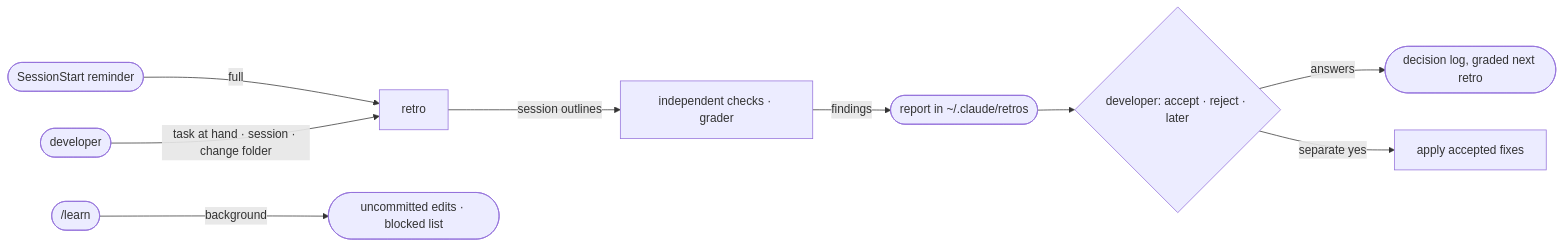
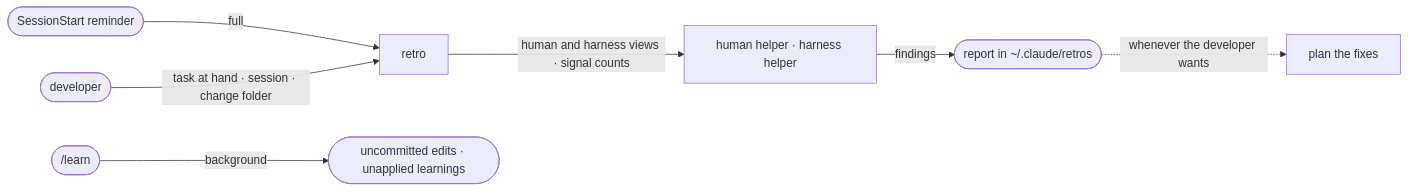
Before and after one commit to berekvolgyipeter/dotclaude: the seventh of 7 diagrams in README.md, drawn with Mermaid. The commit also changed other lines of this file and 12 other files, not shown here.

Commit message:
refactor(retro)!: make retro stateless and cheaper with two outline views and interval reminder

````diff
--- a/README.md
+++ b/README.md
@@ -101,11 +101,9 @@
 ```mermaid
 flowchart LR
     Due([SessionStart reminder]) -->|full| Retro[retro]
     Task([developer]) -->|task at hand · session · change folder| Retro
-    Retro -->|session outlines| Checks[independent checks · grader]
-    Checks -->|findings| Report([report in ~/.claude/retros])
-    Report --> Dev{developer: accept · reject · later}
-    Dev -->|answers| Log([decision log, graded next retro])
-    Dev -->|separate yes| Apply[apply accepted fixes]
-    Learn([/learn]) -->|background| Edits([uncommitted edits · blocked list])
+    Retro -->|human and harness views · signal counts| Helpers[human helper · harness helper]
+    Helpers -->|findings| Report([report in ~/.claude/retros])
+    Report -.->|whenever the developer wants| Fixes[plan the fixes]
+    Learn([/learn]) -->|background| Edits([uncommitted edits · unapplied learnings])
 ```
````
